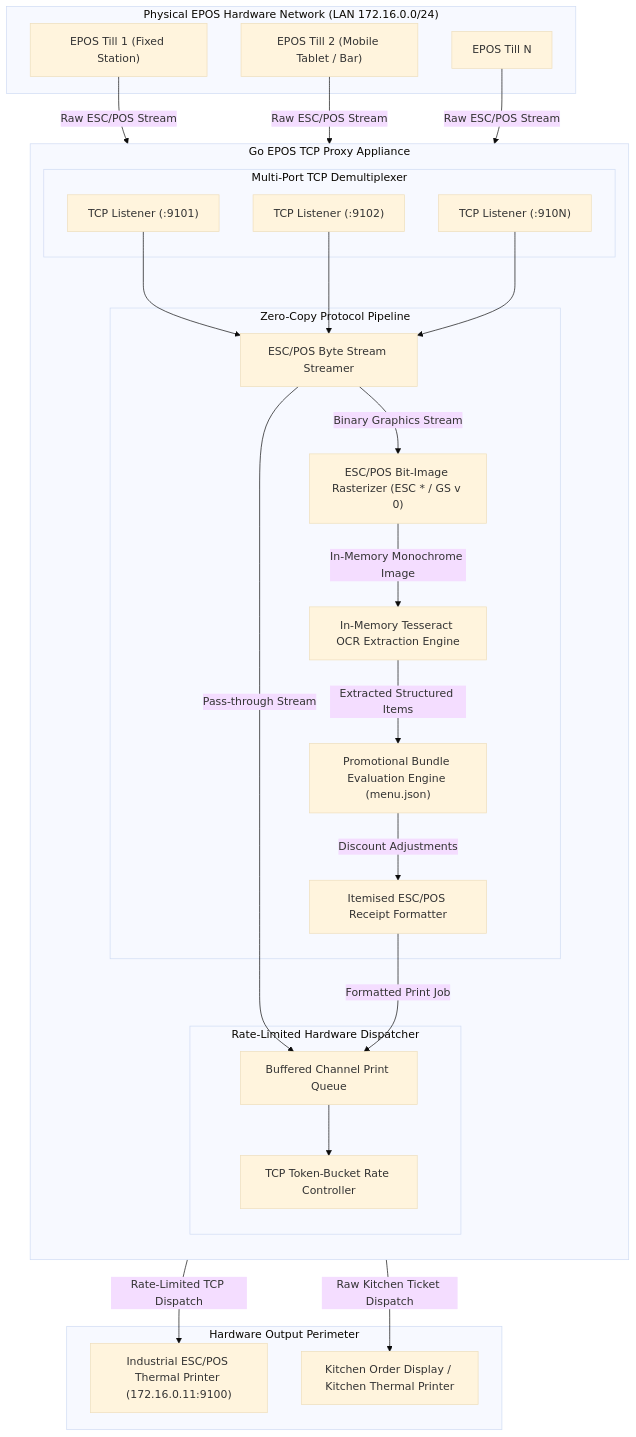
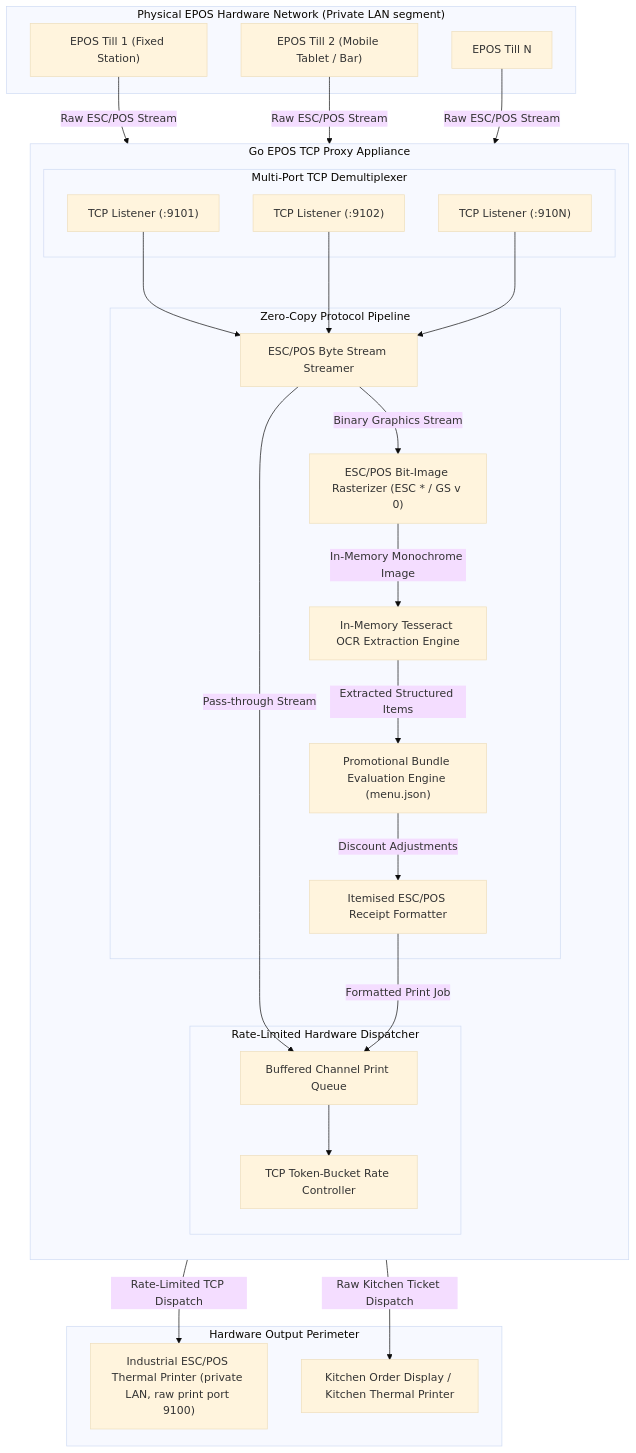
One commit to unexcitement/public-portfolio changed the first of 2 diagrams in projects/02-epos-tcp-proxy-middleware/profile.md. Above: the diagram before and after it, drawn with Mermaid (base theme). The commit also changed 15 other files, not shown here.

````diff
--- a/projects/02-epos-tcp-proxy-middleware/profile.md
+++ b/projects/02-epos-tcp-proxy-middleware/profile.md
@@ -14,54 +14,54 @@
 ```mermaid
 flowchart TB
-    subgraph EdgeNetwork["Physical EPOS Hardware Network (LAN 172.16.0.0/24)"]
+    subgraph EdgeNetwork["Physical EPOS Hardware Network (Private LAN segment)"]
         Till1["EPOS Till 1 (Fixed Station)"]
         Till2["EPOS Till 2 (Mobile Tablet / Bar)"]
         TillN["EPOS Till N"]
     end
 
     subgraph ProxyGateway["Go EPOS TCP Proxy Appliance"]
         direction TB
         subgraph ListenerGroup["Multi-Port TCP Demultiplexer"]
             Port9101["TCP Listener (:9101)"]
             Port9102["TCP Listener (:9102)"]
             Port910N["TCP Listener (:910N)"]
         end
 
         subgraph ProtocolPipeline["Zero-Copy Protocol Pipeline"]
             ByteParser["ESC/POS Byte Stream Streamer"]
             BitmapDecoder["ESC/POS Bit-Image Rasterizer (ESC * / GS v 0)"]
             OCRPipeline["In-Memory Tesseract OCR Extraction Engine"]
             OfferRules["Promotional Bundle Evaluation Engine (menu.json)"]
             BillCompiler["Itemised ESC/POS Receipt Formatter"]
         end
 
         subgraph QueueManager["Rate-Limited Hardware Dispatcher"]
             AsyncQueue["Buffered Channel Print Queue"]
             FlowController["TCP Token-Bucket Rate Controller"]
         end
     end
 
     subgraph PhysicalEgress["Hardware Output Perimeter"]
-        ThermalPrinter["Industrial ESC/POS Thermal Printer (172.16.0.11:9100)"]
+        ThermalPrinter["Industrial ESC/POS Thermal Printer (private LAN, raw print port 9100)"]
         KitchenStation["Kitchen Order Display / Kitchen Thermal Printer"]
     end
 
     Till1 -->|Raw ESC/POS Stream| Port9101
     Till2 -->|Raw ESC/POS Stream| Port9102
     TillN -->|Raw ESC/POS Stream| Port910N
 
     Port9101 --> ByteParser
     Port9102 --> ByteParser
     Port910N --> ByteParser
 
     ByteParser -->|Pass-through Stream| AsyncQueue
     ByteParser -->|Binary Graphics Stream| BitmapDecoder
     BitmapDecoder -->|In-Memory Monochrome Image| OCRPipeline
     OCRPipeline -->|Extracted Structured Items| OfferRules
     OfferRules -->|Discount Adjustments| BillCompiler
     BillCompiler -->|Formatted Print Job| AsyncQueue
 
     AsyncQueue --> FlowController
     FlowController -->|Rate-Limited TCP Dispatch| ThermalPrinter
     FlowController -->|Raw Kitchen Ticket Dispatch| KitchenStation
 ```
````
